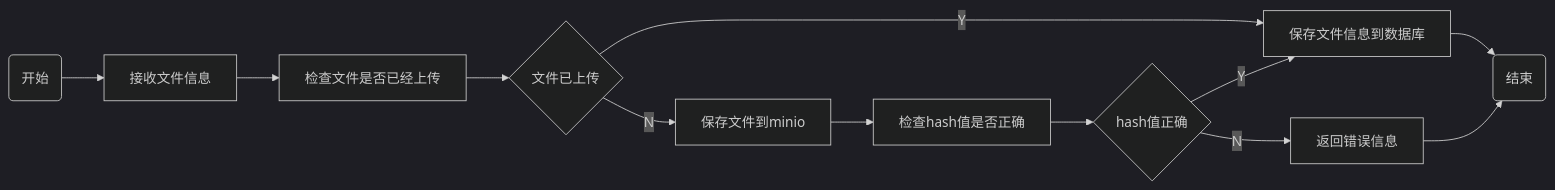
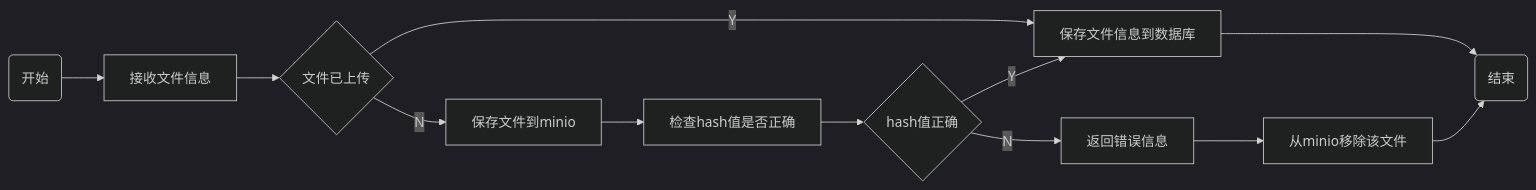
The sixth of 11 diagrams in README.md (niuiic/file-service), drawn with Mermaid (dark theme) before and after one commit. The commit also changed other lines of this file, not shown here.

````diff
--- a/README.md
+++ b/README.md
@@ -171,33 +161,26 @@
 ```mermaid
 flowchart LR
-    start(开始)
-    start --> s1
+    start(开始) --> s1
 
-    s1[接收文件信息]
-    s1 --> s2
-
-    s2[检查文件是否已经上传]
-    s2 --> s3
+    s1[接收文件信息] --> s3
 
     s3{文件已上传}
     s3 --Y--> s4
     s3 --N--> s5
 
-    s4[保存文件信息到数据库]
-    s4 --> done
+    s4[保存文件信息到数据库] --> finish
 
-    s5[保存文件到minio]
-    s5 --> s6
+    s5[保存文件到minio] --> s6
 
-    s6[检查hash值是否正确]
-    s6 --> s7
+    s6[检查hash值是否正确] --> s7
 
     s7{hash值正确}
     s7 --Y--> s4
     s7 --N--> s9
 
-    s9[返回错误信息]
-    s9 --> done
+    s9[返回错误信息] --> s10
 
-    done(结束)
+    s10[从minio移除该文件] --> finish
+
+    finish(结束)
 ```
````
